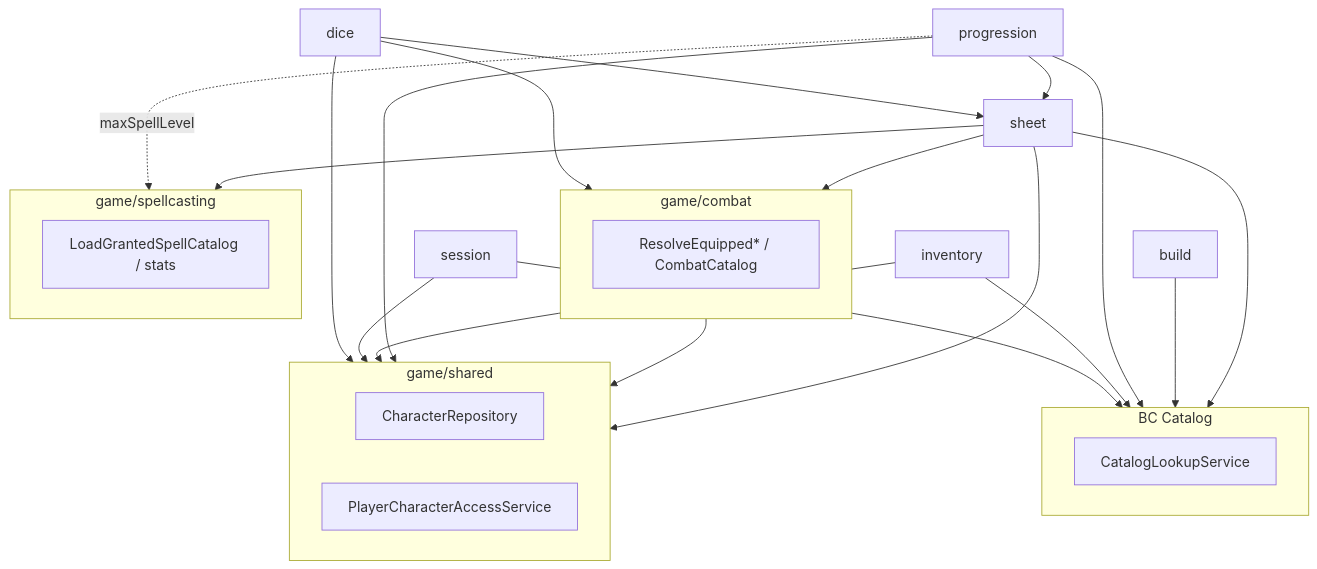
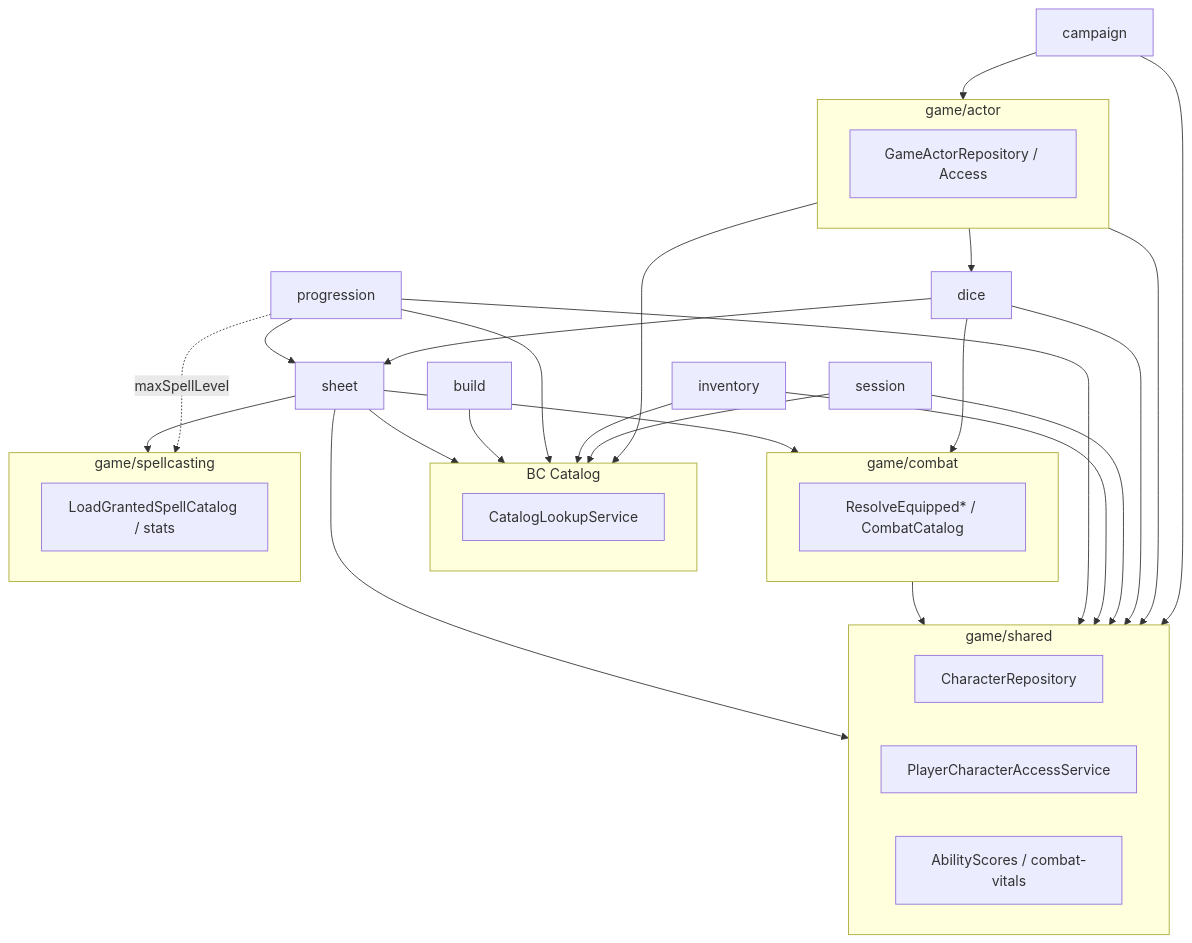
Before and after one commit to Lucas-PB1/dnd-back: the diagram in docs/architecture/game-module-structure.md, drawn with Mermaid. The commit also changed other lines of this file and 124 other files, not shown here.

````diff
--- a/docs/architecture/game-module-structure.md
+++ b/docs/architecture/game-module-structure.md
@@ -78,37 +94,47 @@
 ```mermaid
 flowchart TB
   subgraph shared [game/shared]
     R[CharacterRepository]
     A[PlayerCharacterAccessService]
+    AS[AbilityScores / combat-vitals]
+  end
+
+  subgraph actor [game/actor]
+    GA[GameActorRepository / Access]
   end
 
   subgraph catalog [BC Catalog]
     L[CatalogLookupService]
   end
 
   subgraph combat [game/combat]
     C[ResolveEquipped* / CombatCatalog]
   end
 
   subgraph spell [game/spellcasting]
     S[LoadGrantedSpellCatalog / stats]
   end
 
   sheet --> shared
   sheet --> catalog
   sheet --> combat
   sheet --> spell
   combat --> shared
   build --> catalog
   progression --> shared
   progression --> catalog
   progression --> sheet
   progression -.->|maxSpellLevel| spell
   inventory --> shared
   inventory --> catalog
   session --> shared
   session --> catalog
   dice --> shared
   dice --> combat
   dice --> sheet
+  actor --> shared
+  actor --> catalog
+  actor --> dice
+  campaign --> shared
+  campaign --> actor
 ```
````
